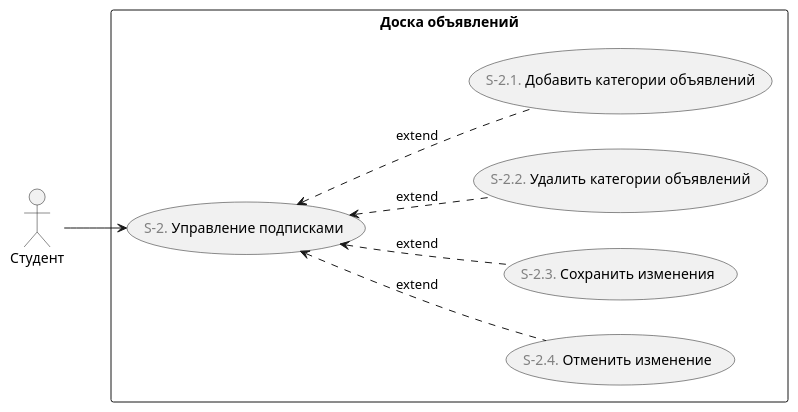
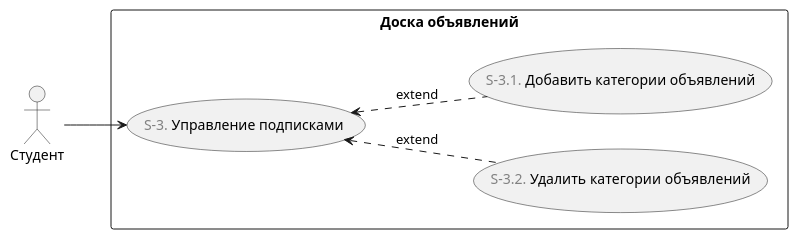
Before and after one commit to astu-app/ASTU-Bulletin-Board-Server: the diagram in doc/диаграммы/варианты-использования/управление-подписками.puml, drawn with PlantUML. The commit also changed 9 other files, not shown here.

```diff
--- a/doc/диаграммы/варианты-использования/управление-подписками.puml
+++ b/doc/диаграммы/варианты-использования/управление-подписками.puml
@@ -1,20 +1,17 @@
 @startuml
 'https://plantuml.com/use-case-diagram
 
 left to right direction 
 
 :Студент: as student
 
 rectangle "Доска объявлений" {
-    (<font color="gray">S-2.</font> Управление подписками) as manage_subscriptions
+    (<font color="gray">S-3.</font> Управление подписками) as manage_subscriptions
     
     student --> manage_subscriptions
     
-    manage_subscriptions <.. (<font color="gray">S-2.4.</font> Отменить изменение) : extend
-    manage_subscriptions <.. (<font color="gray">S-2.3.</font> Сохранить изменения) : extend
-    
-    manage_subscriptions <.. (<font color="gray">S-2.2.</font> Удалить категории объявлений) : extend
-    manage_subscriptions <.. (<font color="gray">S-2.1.</font> Добавить категории объявлений) : extend 
+    manage_subscriptions <.. (<font color="gray">S-3.2.</font> Удалить категории объявлений) : extend
+    manage_subscriptions <.. (<font color="gray">S-3.1.</font> Добавить категории объявлений) : extend 
 }
 
 @enduml
```
